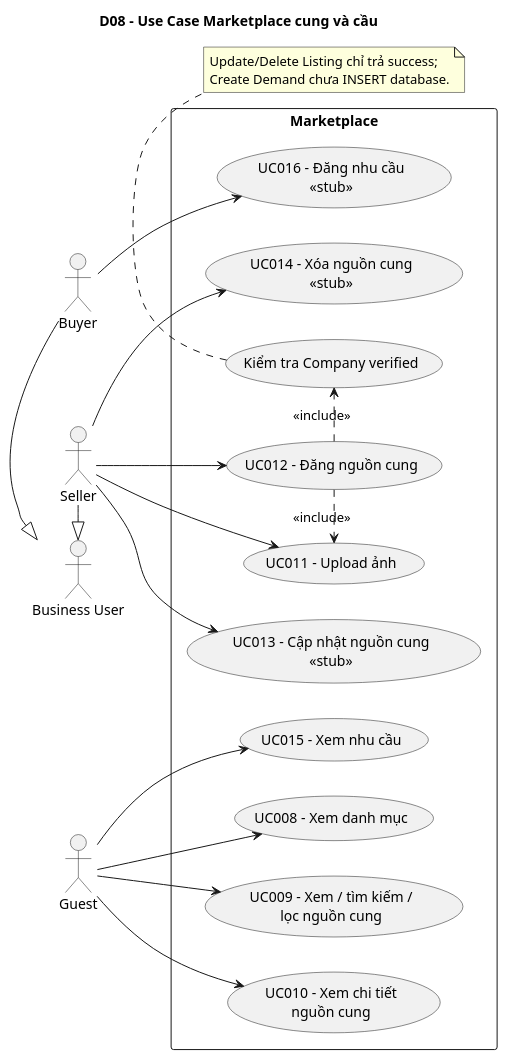
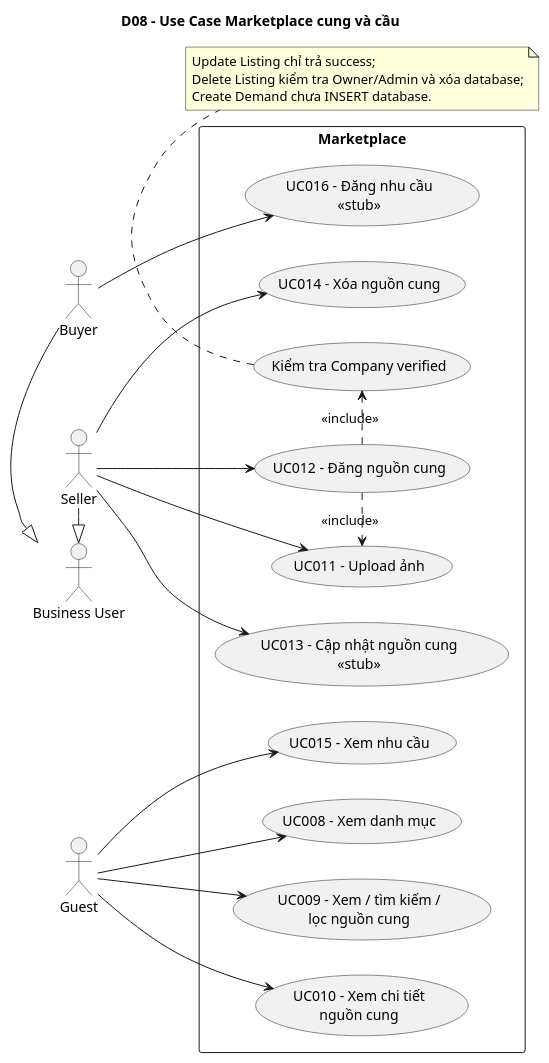
The diagram in project-submission/04-diagrams/chapter-03-requirements/D08-marketplace-use-case.puml (NguyetNgaLe/Circular-Materials-Exchange), drawn with PlantUML before and after one commit. The commit also changed other lines of this file and 12 other files, not shown here.

```diff
--- a/project-submission/04-diagrams/chapter-03-requirements/D08-marketplace-use-case.puml
+++ b/project-submission/04-diagrams/chapter-03-requirements/D08-marketplace-use-case.puml
@@ -1,41 +1,42 @@
 @startuml
 left to right direction
 title D08 - Use Case Marketplace cung và cầu
 
 actor Guest
 actor "Business User" as Business
 actor Buyer
 actor Seller
 Buyer -|> Business
 Seller -|> Business
 
 rectangle "Marketplace" {
   usecase "UC008 - Xem danh mục" as Categories
   usecase "UC009 - Xem / tìm kiếm /\nlọc nguồn cung" as ListSupply
   usecase "UC010 - Xem chi tiết\nnguồn cung" as SupplyDetail
   usecase "UC011 - Upload ảnh" as Upload
   usecase "UC012 - Đăng nguồn cung" as CreateSupply
   usecase "UC013 - Cập nhật nguồn cung\n<<stub>>" as UpdateSupply
-  usecase "UC014 - Xóa nguồn cung\n<<stub>>" as DeleteSupply
+  usecase "UC014 - Xóa nguồn cung" as DeleteSupply
   usecase "UC015 - Xem nhu cầu" as ListDemand
   usecase "UC016 - Đăng nhu cầu\n<<stub>>" as CreateDemand
   usecase "Kiểm tra Company verified" as VerifyCompany
 }
 
 Guest --> Categories
 Guest --> ListSupply
 Guest --> SupplyDetail
 Guest --> ListDemand
 Seller --> Upload
 Seller --> CreateSupply
 Seller --> UpdateSupply
 Seller --> DeleteSupply
 Buyer --> CreateDemand
 CreateSupply .> Upload : <<include>>
 CreateSupply .> VerifyCompany : <<include>>
 
 note bottom
-  Update/Delete Listing chỉ trả success;
+  Update Listing chỉ trả success;
+  Delete Listing kiểm tra Owner/Admin và xóa database;
   Create Demand chưa INSERT database.
 end note
 @enduml
```
